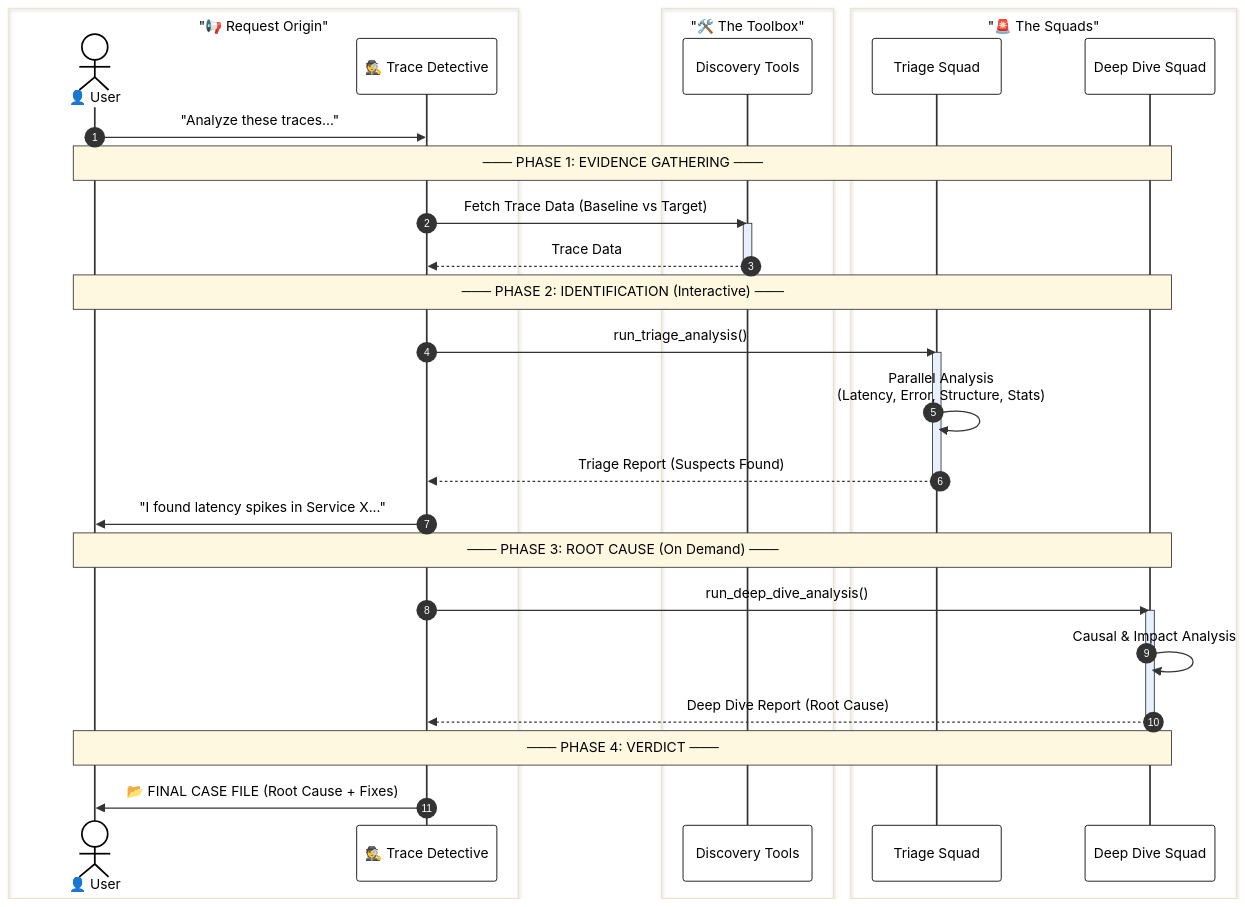
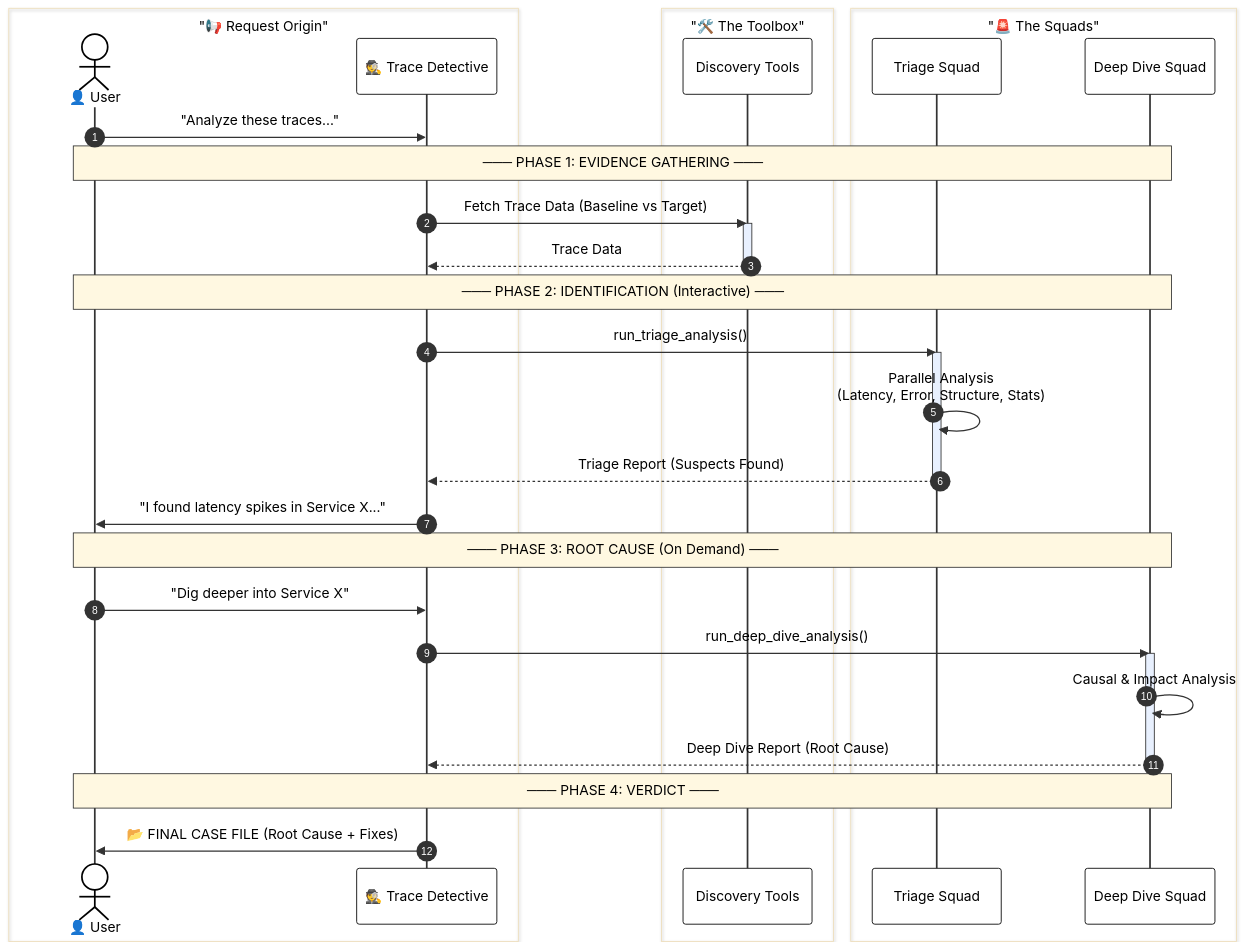
The diagram in README.md (srtux/sre-agent), drawn with Mermaid before and after one commit.

Commit message:
docs: Update sequence diagram to rename 'Root' participant to 'Agent' and add a user interaction for deep dive analysis.

````diff
--- a/README.md
+++ b/README.md
@@ -23,51 +23,55 @@
 ```mermaid
 sequenceDiagram
+    %% Use a standard theme or 'neutral' for best compatibility
     %%{init: {'theme': 'base', 'themeVariables': {'darkMode': false, 'background': '#ffffff', 'mainBkg': '#ffffff', 'fontFamily': 'arial', 'fontSize': '14px', 'textColor': '#000000', 'primaryTextColor': '#000000', 'actorTextColor': '#000000', 'actorBorder': '#000000', 'actorBkg': '#FFFFFF', 'actorLineColor': '#333333', 'signalColor': '#333333', 'signalTextColor': '#000000', 'activationBorderColor': '#333333', 'activationBkgColor': '#E8F0FE', 'noteBkgColor': '#FFF8E1', 'noteBorderColor': '#333333', 'noteTextColor': '#000000'}}}%%
     
     autonumber
     
     box "📢 Request Origin" #FFFFFF
         actor User as 👤 User
-        participant Root as 🕵️ Trace Detective
+        participant Agent as 🕵️ Trace Detective
     end
     
     box "🛠️ The Toolbox" #FFFFFF
         participant Tools as Discovery Tools
     end
     
     box "🚨 The Squads" #FFFFFF
         participant S1 as Triage Squad
         participant S2 as Deep Dive Squad
     end
 
-    User->>Root: "Analyze these traces..."
+    User->>Agent: "Analyze these traces..."
     
     Note over User, S2: ─── PHASE 1: EVIDENCE GATHERING ───
     
-    Root->>Tools: Fetch Trace Data (Baseline vs Target)
+    Agent->>Tools: Fetch Trace Data (Baseline vs Target)
     activate Tools
-    Tools-->>Root: Trace Data
+    Tools-->>Agent: Trace Data
     deactivate Tools
 
     Note over User, S2: ─── PHASE 2: IDENTIFICATION (Interactive) ───
     
-    Root->>S1: run_triage_analysis()
+    Agent->>S1: run_triage_analysis()
     activate S1
     S1->>S1: Parallel Analysis<br/>(Latency, Error, Structure, Stats)
-    S1-->>Root: Triage Report (Suspects Found)
+    S1-->>Agent: Triage Report (Suspects Found)
     deactivate S1
     
-    Root->>User: "I found latency spikes in Service X..."
+    Agent->>User: "I found latency spikes in Service X..."
 
     Note over User, S2: ─── PHASE 3: ROOT CAUSE (On Demand) ───
     
-    Root->>S2: run_deep_dive_analysis()
+    %% ADDED: User interaction to make it actually "On Demand"
+    User->>Agent: "Dig deeper into Service X"
+    
+    Agent->>S2: run_deep_dive_analysis()
     activate S2
     S2->>S2: Causal & Impact Analysis
-    S2-->>Root: Deep Dive Report (Root Cause)
+    S2-->>Agent: Deep Dive Report (Root Cause)
     deactivate S2
 
     Note over User, S2: ─── PHASE 4: VERDICT ───
     
-    Root->>User: 📂 FINAL CASE FILE (Root Cause + Fixes)
+    Agent->>User: 📂 FINAL CASE FILE (Root Cause + Fixes)
 ```
````
